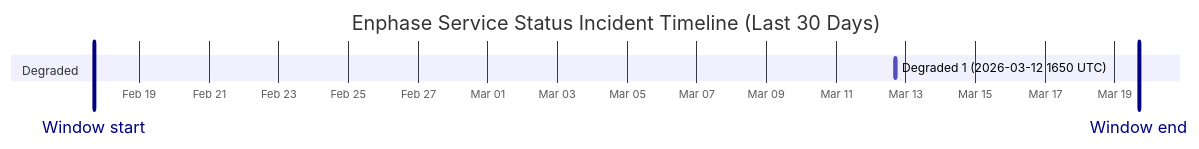
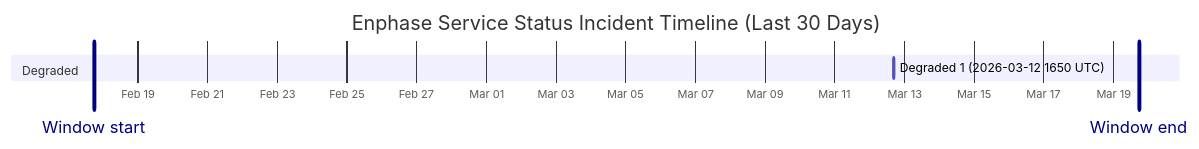
One commit to barneyonline/ha-enphase-ev-charger changed the diagram in wiki/Service-Status-History.md. Above: the diagram before and after it, drawn with Mermaid. The commit also changed other lines of this file and 3 other files, not shown here.

````diff
--- a/wiki/Service-Status-History.md
+++ b/wiki/Service-Status-History.md
@@ -14,10 +14,10 @@
 ```mermaid
 gantt
     title Enphase Service Status Incident Timeline (Last 30 Days)
     dateFormat  YYYY-MM-DDTHH:mm:ss
     axisFormat  %b %d
-    Window start :vert, window-start, 2026-02-17T16:47:22, 0ms
-    Window end :vert, window-end, 2026-03-19T16:47:22, 0ms
+    Window start :vert, window-start, 2026-02-17T17:48:00, 0ms
+    Window end :vert, window-end, 2026-03-19T17:48:00, 0ms
     section Degraded
     Degraded 1 (2026-03-12 1650 UTC) :active, degraded-1, 2026-03-12T16:50:43, 60m
 ```
````
